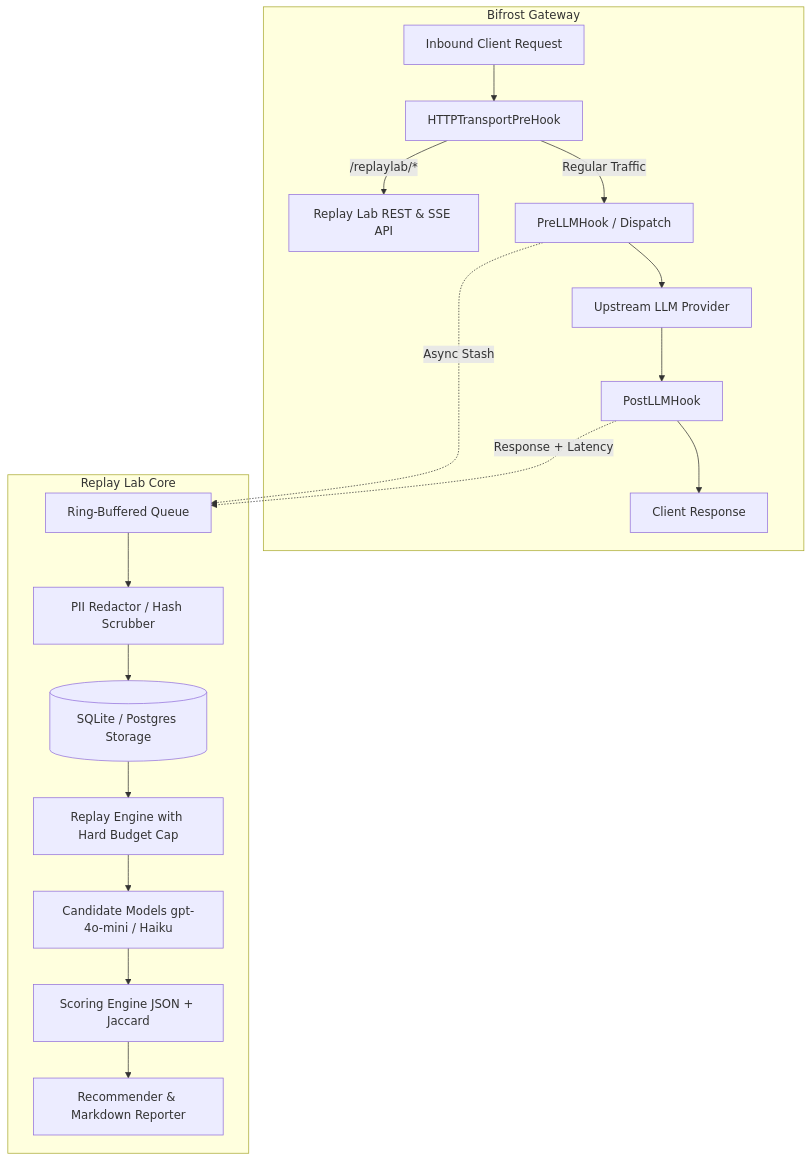
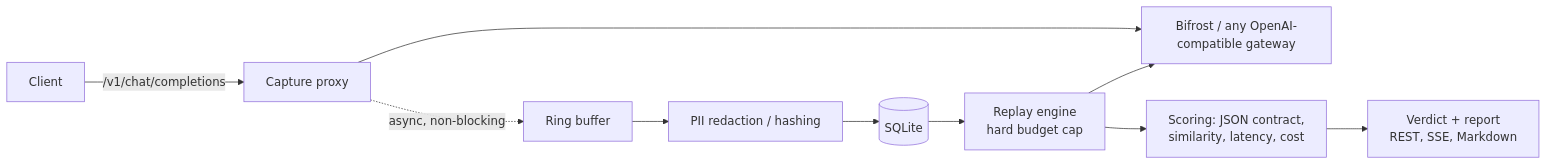
The diagram in README.md (VIKI7-HUB/Replaylab), drawn with Mermaid before and after one commit. The commit also changed other lines of this file and 29 other files, not shown here.

First line of the commit message:
Make Replay Lab trustworthy end to end

````diff
--- a/README.md
+++ b/README.md
@@ -23,22 +10,8 @@
 ```mermaid
-flowchart TD
-    subgraph Bifrost Gateway
-        A[Inbound Client Request] --> B[HTTPTransportPreHook]
-        B -- "/replaylab/*" --> C[Replay Lab REST & SSE API]
-        B -- Regular Traffic --> D[PreLLMHook / Dispatch]
-        D --> E[Upstream LLM Provider]
-        E --> F[PostLLMHook]
-        F --> G[Client Response]
-    end
-
-    subgraph Replay Lab Core
-        D -. "Async Stash" .-> H[Ring-Buffered Queue]
-        F -. "Response + Latency" .-> H
-        H --> I[PII Redactor / Hash Scrubber]
-        I --> J[(SQLite / Postgres Storage)]
-        J --> K[Replay Engine with Hard Budget Cap]
-        K --> L[Candidate Models gpt-4o-mini / Haiku]
-        L --> M[Scoring Engine JSON + Jaccard]
-        M --> N[Recommender & Markdown Reporter]
-    end
+flowchart LR
+    C[Client] -->|/v1/chat/completions| P[Capture proxy]
+    P --> G[Bifrost / any OpenAI-compatible gateway]
+    P -. async, non-blocking .-> Q[Ring buffer] --> R[PII redaction / hashing] --> DB[(SQLite)]
+    DB --> E[Replay engine<br/>hard budget cap] --> G
+    E --> S[Scoring: JSON contract,<br/>similarity, latency, cost] --> V[Verdict + report<br/>REST, SSE, Markdown]
 ```
````
